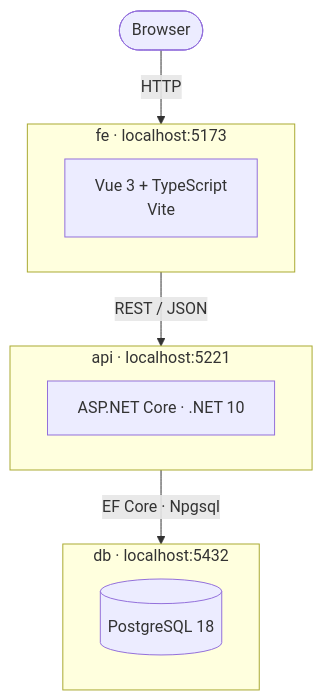
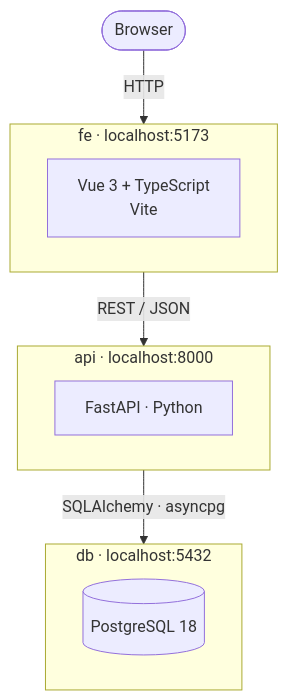
The diagram in README.md (RimeLab/project_alpha), drawn with Mermaid before and after one commit. The commit also changed other lines of this file and 2 other files, not shown here.

````diff
--- a/README.md
+++ b/README.md
@@ -10,20 +10,20 @@
 ```mermaid
 flowchart TD
     Browser(["Browser"])
 
     subgraph fe["fe · localhost:5173"]
         FE["Vue 3 + TypeScript\nVite"]
     end
 
-    subgraph api["api · localhost:5221"]
-        API["ASP.NET Core · .NET 10"]
+    subgraph api["api · localhost:8000"]
+        API["FastAPI · Python"]
     end
 
     subgraph db["db · localhost:5432"]
         DB[("PostgreSQL 18")]
     end
 
     Browser -->|HTTP| fe
     fe -->|REST / JSON| api
-    api -->|EF Core · Npgsql| db
+    api -->|SQLAlchemy · asyncpg| db
 ```
````
